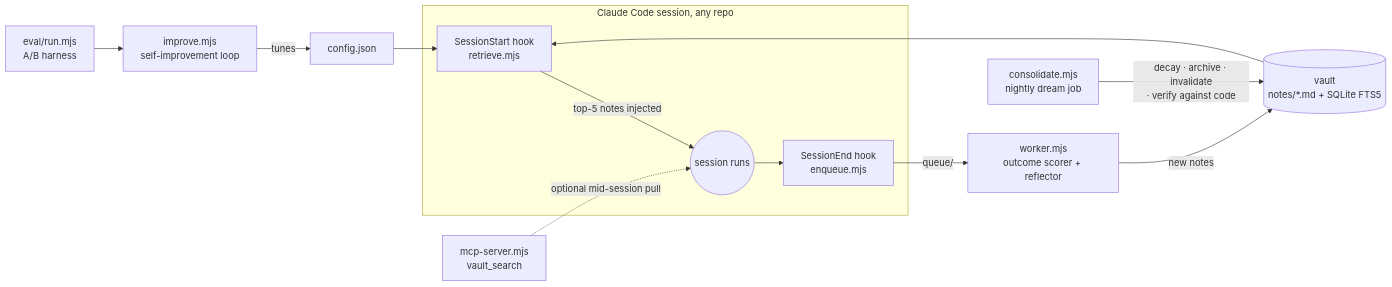
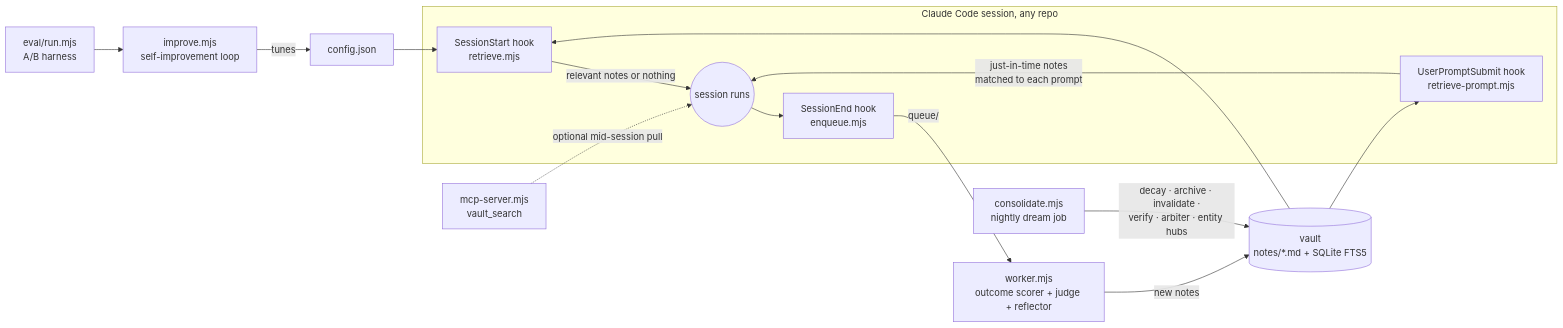
Before and after one commit to kirti34n/unified-mem: the diagram in README.md, drawn with Mermaid. The commit also changed other lines of this file and 12 other files, not shown here.

````diff
--- a/README.md
+++ b/README.md
@@ -55,15 +55,17 @@
 ```mermaid
 flowchart LR
     subgraph session [Claude Code session, any repo]
-        A[SessionStart hook<br/>retrieve.mjs] -->|top-5 notes injected| B((session runs))
+        A[SessionStart hook<br/>retrieve.mjs] -->|relevant notes or nothing| B((session runs))
+        P[UserPromptSubmit hook<br/>retrieve-prompt.mjs] -->|just-in-time notes<br/>matched to each prompt| B
         B --> C[SessionEnd hook<br/>enqueue.mjs]
     end
-    C -->|queue/| D[worker.mjs<br/>outcome scorer + reflector]
+    C -->|queue/| D[worker.mjs<br/>outcome scorer + judge + reflector]
     D -->|new notes| V[(vault<br/>notes/*.md + SQLite FTS5)]
     V --> A
-    N[consolidate.mjs<br/>nightly dream job] -->|decay · archive · invalidate<br/>· verify against code| V
+    V --> P
+    N[consolidate.mjs<br/>nightly dream job] -->|decay · archive · invalidate ·<br/>verify · arbiter · entity hubs| V
     M[mcp-server.mjs<br/>vault_search] -.->|optional mid-session pull| B
     E[eval/run.mjs<br/>A/B harness] --> I[improve.mjs<br/>self-improvement loop]
     I -->|tunes| K[config.json]
     K --> A
 ```
````
